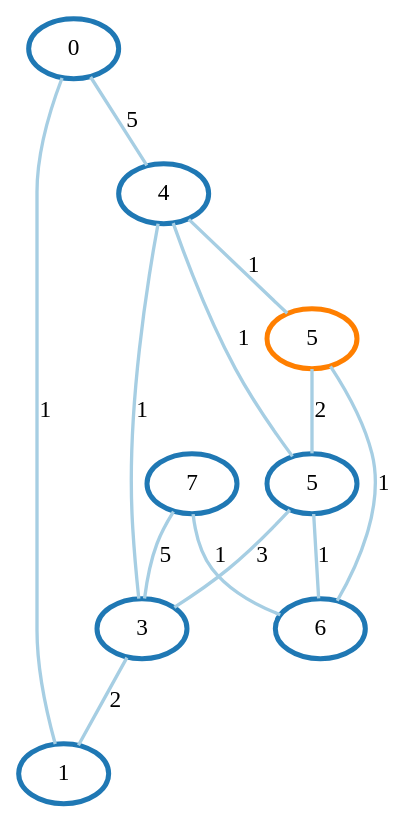
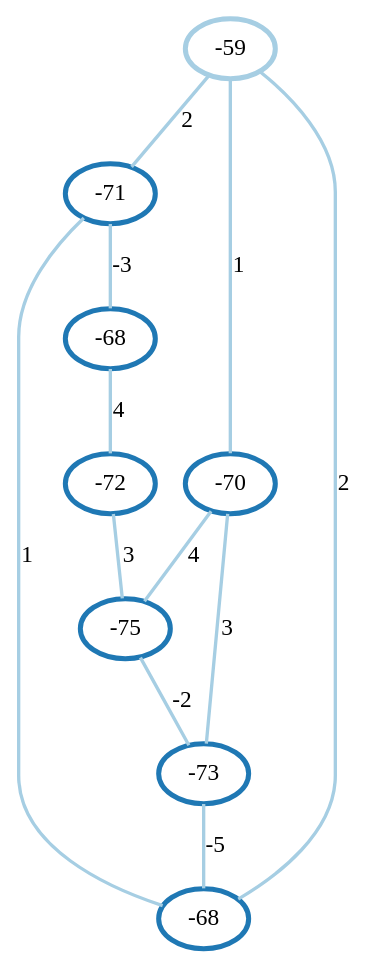
Before and after one commit to Pieterjaninfo/DSEA: the diagram in resources/made_graphs/DijkstraUndirected.dot, drawn with Graphviz. The commit also changed 4 other files, not shown here.

```diff
--- a/resources/made_graphs/DijkstraUndirected.dot
+++ b/resources/made_graphs/DijkstraUndirected.dot
@@ -1,23 +1,22 @@
 graph G {
-    0 [penwidth=3,label="0",color=2, colorscheme=paired12]
-    1 [penwidth=3,label="7",color=2, colorscheme=paired12]
-    2 [penwidth=3,label="5",color=2, colorscheme=paired12]
-    3 [penwidth=3,label="1",color=2, colorscheme=paired12]
-    4 [penwidth=3,label="3",color=2, colorscheme=paired12]
-    5 [penwidth=3,label="6",color=2, colorscheme=paired12]
-    6 [penwidth=3,label="4",color=2, colorscheme=paired12]
-    7 [penwidth=3,label="5",color=8, colorscheme=paired12]
+    0 [penwidth=3,label="-59",color=1, colorscheme=paired12]
+    1 [penwidth=3,label="-71",color=2, colorscheme=paired12]
+    2 [penwidth=3,label="-73",color=2, colorscheme=paired12]
+    3 [penwidth=3,label="-68",color=2, colorscheme=paired12]
+    4 [penwidth=3,label="-68",color=2, colorscheme=paired12]
+    5 [penwidth=3,label="-72",color=2, colorscheme=paired12]
+    6 [penwidth=3,label="-75",color=2, colorscheme=paired12]
+    7 [penwidth=3,label="-70",color=2, colorscheme=paired12]
 
-    0--3 [penwidth=2,label="1",color=1, colorscheme=paired12]
-    0--6 [penwidth=2,label="5",color=1, colorscheme=paired12]
-    1--5 [penwidth=2,label="1",color=1, colorscheme=paired12]
-    1--4 [penwidth=2,label="5",color=1, colorscheme=paired12]
-    2--6 [penwidth=2,label="1",color=1, colorscheme=paired12]
-    2--4 [penwidth=2,label="3",color=1, colorscheme=paired12]
-    2--5 [penwidth=2,label="1",color=1, colorscheme=paired12]
-    7--2 [penwidth=2,label="2",color=1, colorscheme=paired12]
-    4--3 [penwidth=2,label="2",color=1, colorscheme=paired12]
-    4--6 [penwidth=2,label="1",color=1, colorscheme=paired12]
-    5--7 [penwidth=2,label="1",color=1, colorscheme=paired12]
-    6--7 [penwidth=2,label="1",color=1, colorscheme=paired12]
+    0--7 [penwidth=2,label="1",color=1, colorscheme=paired12]
+    0--1 [penwidth=2,label="2",color=1, colorscheme=paired12]
+    3--0 [penwidth=2,label="2",color=1, colorscheme=paired12]
+    3--1 [penwidth=2,label="1",color=1, colorscheme=paired12]
+    2--3 [penwidth=2,label="-5",color=1, colorscheme=paired12]
+    7--2 [penwidth=2,label="3",color=1, colorscheme=paired12]
+    7--6 [penwidth=2,label="4",color=1, colorscheme=paired12]
+    6--2 [penwidth=2,label="-2",color=1, colorscheme=paired12]
+    5--6 [penwidth=2,label="3",color=1, colorscheme=paired12]
+    4--5 [penwidth=2,label="4",color=1, colorscheme=paired12]
+    1--4 [penwidth=2,label="-3",color=1, colorscheme=paired12]
 }
```
